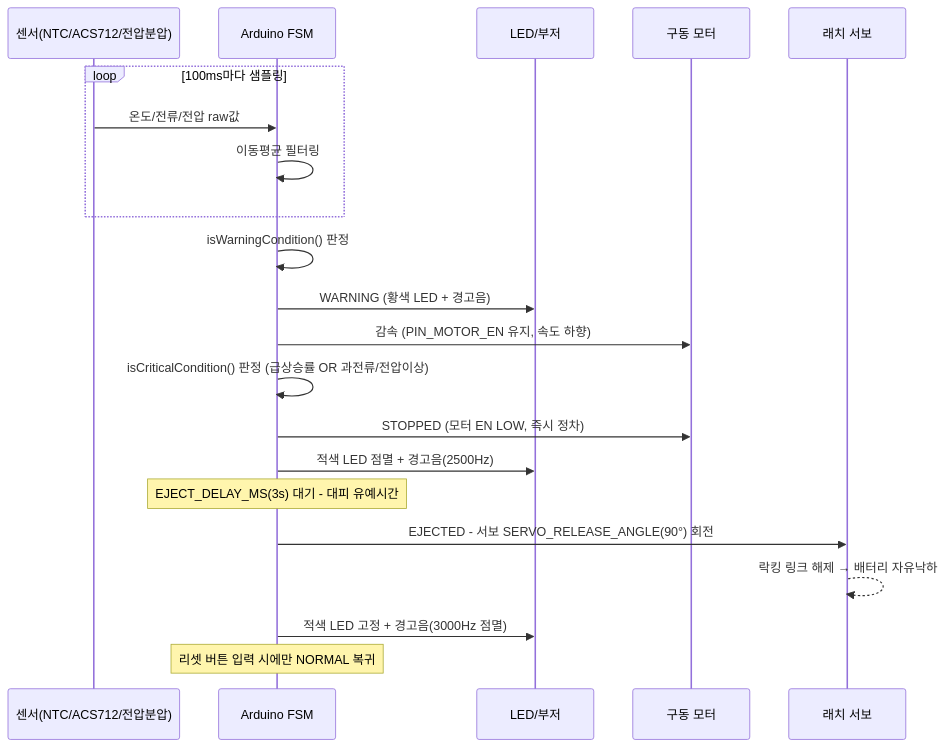
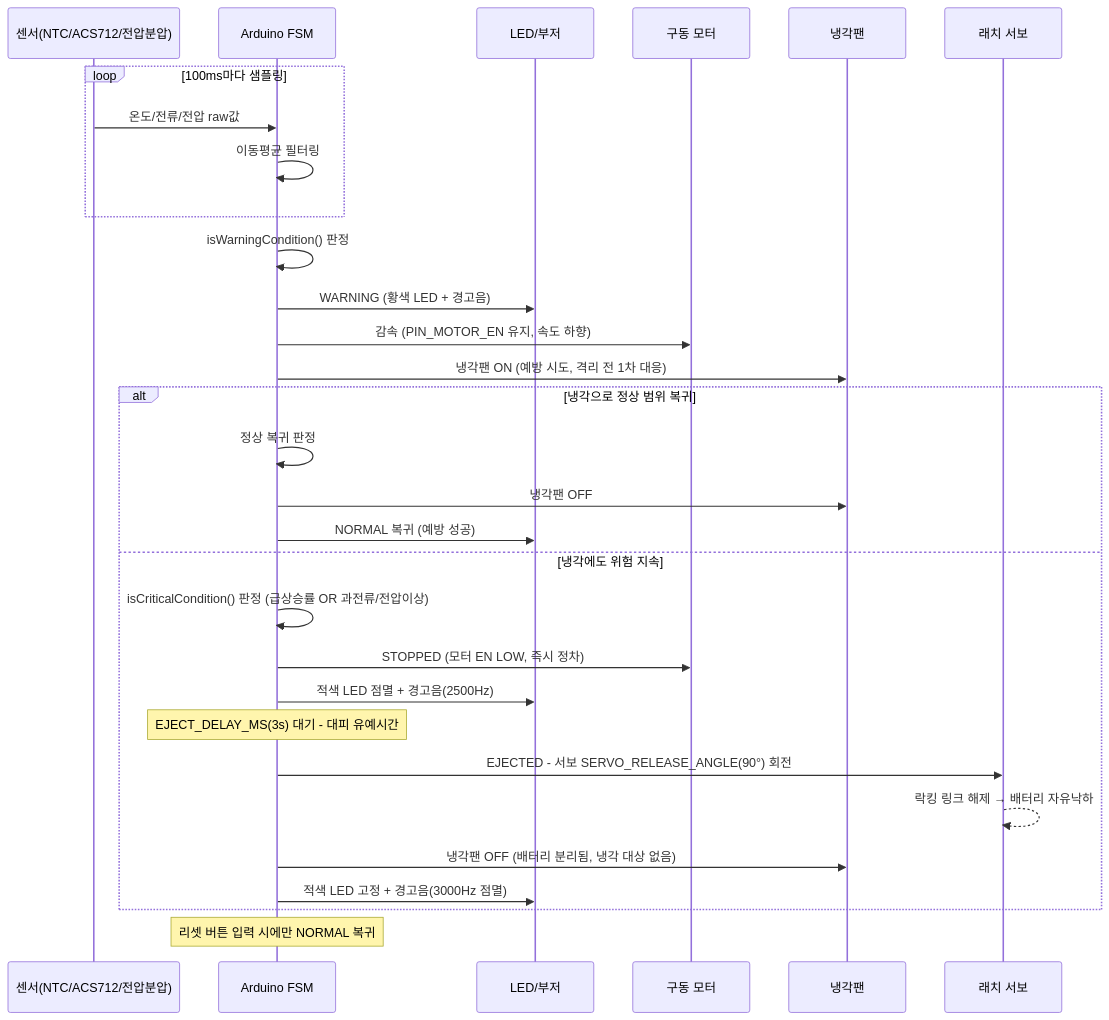
One commit to taejuKwon-digipen/ev-battery-ejection-system changed the first of 3 diagrams in PLANNING.md. Above: the diagram before and after it, drawn with Mermaid. The commit also changed other lines of this file and 11 other files, not shown here.

````diff
--- a/PLANNING.md
+++ b/PLANNING.md
@@ -73,29 +77,38 @@
 ```mermaid
 sequenceDiagram
     participant S as 센서(NTC/ACS712/전압분압)
     participant M as Arduino FSM
     participant I as LED/부저
     participant D as 구동 모터
+    participant F as 냉각팬
     participant L as 래치 서보
 
     loop 100ms마다 샘플링
         S->>M: 온도/전류/전압 raw값
         M->>M: 이동평균 필터링
     end
 
     M->>M: isWarningCondition() 판정
     M->>I: WARNING (황색 LED + 경고음)
     M->>D: 감속 (PIN_MOTOR_EN 유지, 속도 하향)
+    M->>F: 냉각팬 ON (예방 시도, 격리 전 1차 대응)
 
-    M->>M: isCriticalCondition() 판정 (급상승률 OR 과전류/전압이상)
-    M->>D: STOPPED (모터 EN LOW, 즉시 정차)
-    M->>I: 적색 LED 점멸 + 경고음(2500Hz)
+    alt 냉각으로 정상 범위 복귀
+        M->>M: 정상 복귀 판정
+        M->>F: 냉각팬 OFF
+        M->>I: NORMAL 복귀 (예방 성공)
+    else 냉각에도 위험 지속
+        M->>M: isCriticalCondition() 판정 (급상승률 OR 과전류/전압이상)
+        M->>D: STOPPED (모터 EN LOW, 즉시 정차)
+        M->>I: 적색 LED 점멸 + 경고음(2500Hz)
 
-    Note over M: EJECT_DELAY_MS(3s) 대기 - 대피 유예시간
+        Note over M: EJECT_DELAY_MS(3s) 대기 - 대피 유예시간
 
-    M->>L: EJECTED - 서보 SERVO_RELEASE_ANGLE(90°) 회전
-    L-->>L: 락킹 링크 해제 → 배터리 자유낙하
-    M->>I: 적색 LED 고정 + 경고음(3000Hz 점멸)
+        M->>L: EJECTED - 서보 SERVO_RELEASE_ANGLE(90°) 회전
+        L-->>L: 락킹 링크 해제 → 배터리 자유낙하
+        M->>F: 냉각팬 OFF (배터리 분리됨, 냉각 대상 없음)
+        M->>I: 적색 LED 고정 + 경고음(3000Hz 점멸)
+    end
 
     Note over M: 리셋 버튼 입력 시에만 NORMAL 복귀
 ```
````
